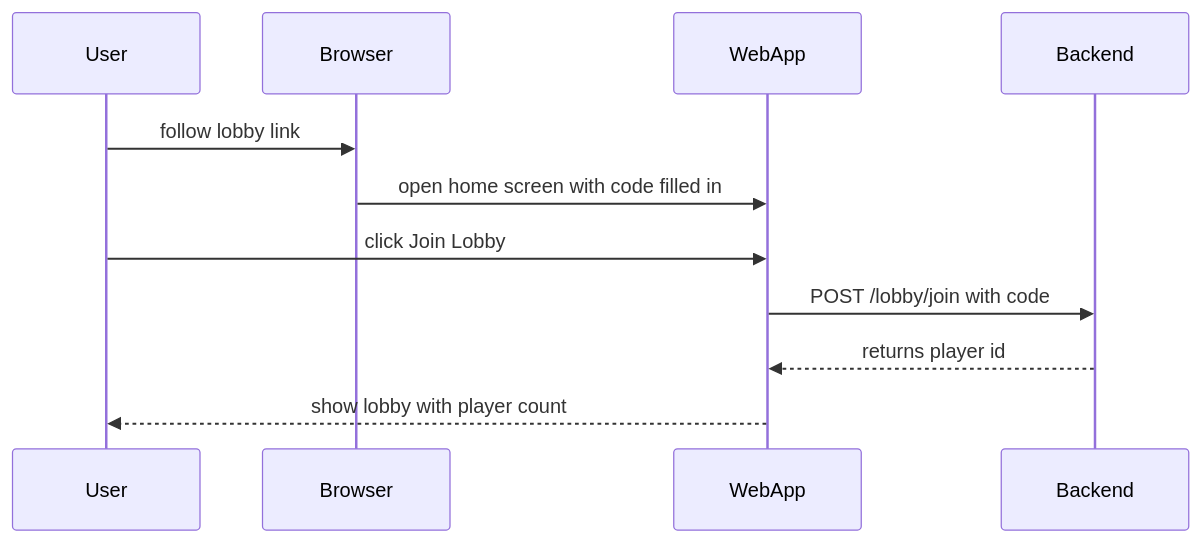
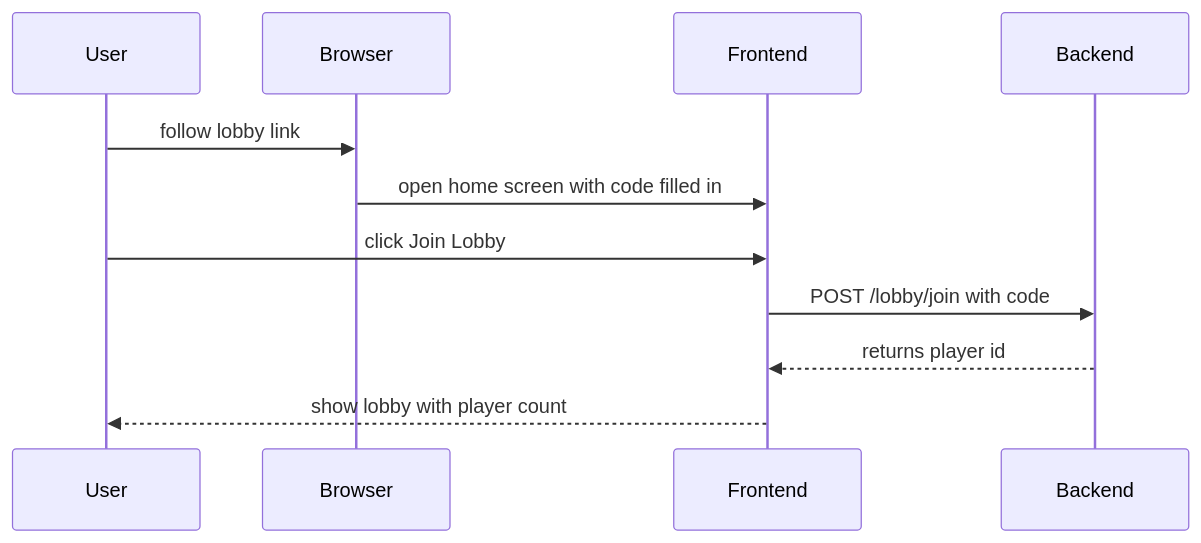
The fourth of 19 diagrams in documentation/docs/system-architecture/use-case-sequences.md (Capstone-Projects-2025-Spring/aac-go-fish), drawn with Mermaid before and after one commit. The commit also changed other lines of this file and 2 other files, not shown here.

````diff
--- a/documentation/docs/system-architecture/use-case-sequences.md
+++ b/documentation/docs/system-architecture/use-case-sequences.md
@@ -57,14 +57,14 @@
 ```mermaid
 sequenceDiagram
     participant User
     participant Browser
-    participant WebApp
+    participant Frontend
     participant Backend
 
     User->>Browser: follow lobby link
-    Browser->>WebApp: open home screen with code filled in
-    User->>WebApp: click Join Lobby
-    WebApp->>Backend: POST /lobby/join with code
-    Backend-->>WebApp: returns player id
-    WebApp-->>User: show lobby with player count
+    Browser->>Frontend: open home screen with code filled in
+    User->>Frontend: click Join Lobby
+    Frontend->>Backend: POST /lobby/join with code
+    Backend-->>Frontend: returns player id
+    Frontend-->>User: show lobby with player count
 ```
````
